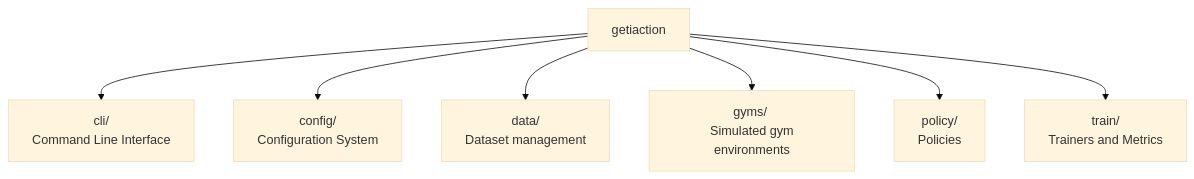
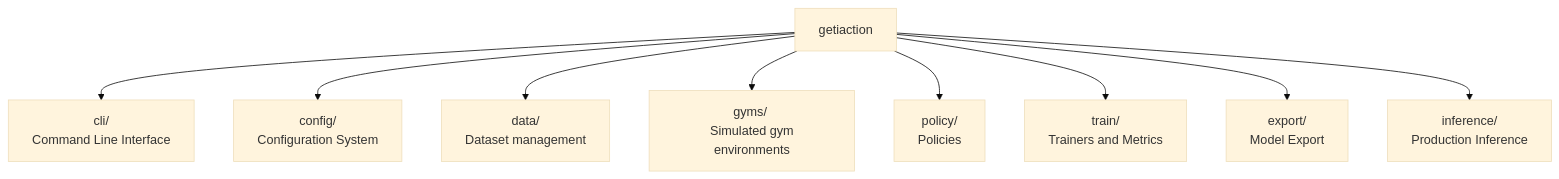
Before and after one commit to open-edge-platform/physical-ai-studio: the diagram in library/docs/design/README.md, drawn with Mermaid (base theme). The commit also changed other lines of this file and 12 other files, not shown here.

First line of the commit message:
feat: Add production inference infrastructure

````diff
--- a/library/docs/design/README.md
+++ b/library/docs/design/README.md
@@ -5,10 +5,12 @@
 ```mermaid
 graph TD
     A["getiaction"]
     A --> B["cli/ <br/> Command Line Interface"]
     A --> C["config/ <br/> Configuration System"]
     A --> D["data/ <br/> Dataset management"]
     A --> E["gyms/ <br/> Simulated gym environments"]
     A --> F["policy/ <br/> Policies"]
     A --> G["train/ <br/> Trainers and Metrics"]
+    A --> H["export/ <br/> Model Export"]
+    A --> I["inference/ <br/> Production Inference"]
 ```
````
